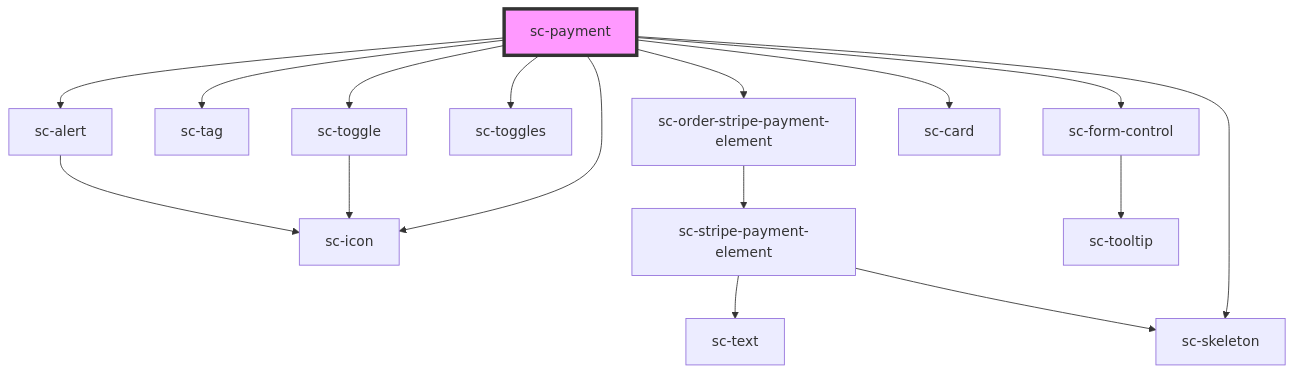
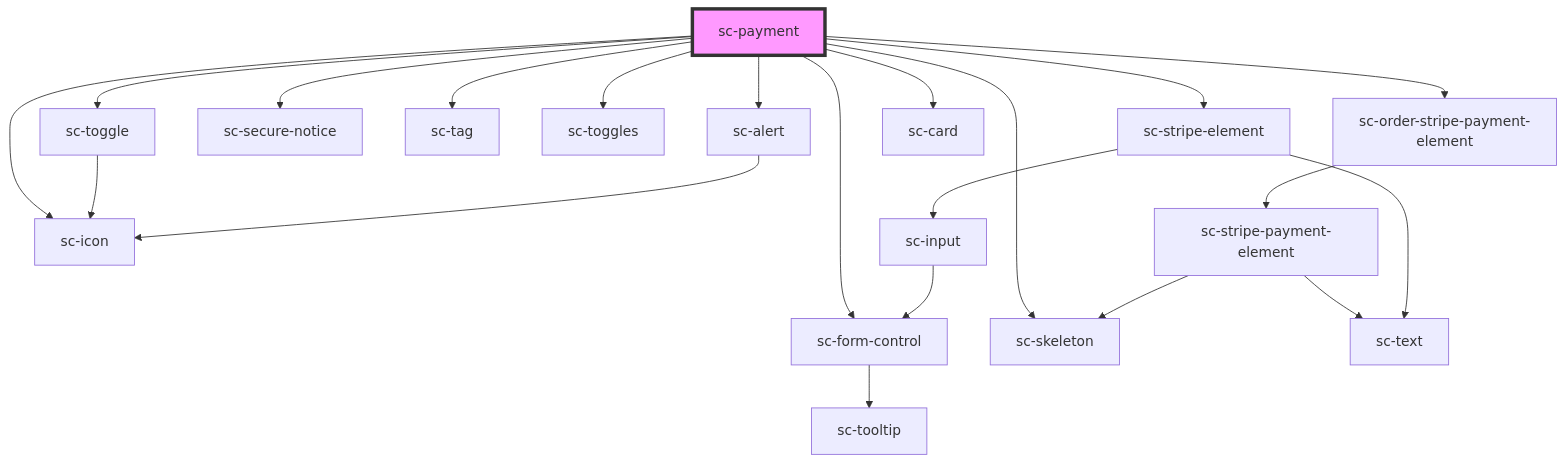
Before and after one commit to surecart/surecart-wp-plugin: the diagram in packages/components/src/components/controllers/checkout-form/payment/readme.md, drawn with Mermaid. The commit also changed other lines of this file and 14 other files, not shown here.

````diff
--- a/packages/components/src/components/controllers/checkout-form/payment/readme.md
+++ b/packages/components/src/components/controllers/checkout-form/payment/readme.md
@@ -48,19 +51,24 @@
 ```mermaid
 graph TD;
   sc-payment --> sc-order-stripe-payment-element
+  sc-payment --> sc-stripe-element
+  sc-payment --> sc-secure-notice
   sc-payment --> sc-tag
   sc-payment --> sc-form-control
   sc-payment --> sc-toggles
   sc-payment --> sc-toggle
   sc-payment --> sc-icon
   sc-payment --> sc-skeleton
   sc-payment --> sc-alert
   sc-payment --> sc-card
   sc-order-stripe-payment-element --> sc-stripe-payment-element
   sc-stripe-payment-element --> sc-text
   sc-stripe-payment-element --> sc-skeleton
+  sc-stripe-element --> sc-input
+  sc-stripe-element --> sc-text
+  sc-input --> sc-form-control
   sc-form-control --> sc-tooltip
   sc-toggle --> sc-icon
   sc-alert --> sc-icon
   style sc-payment fill:#f9f,stroke:#333,stroke-width:4px
 ```
````
